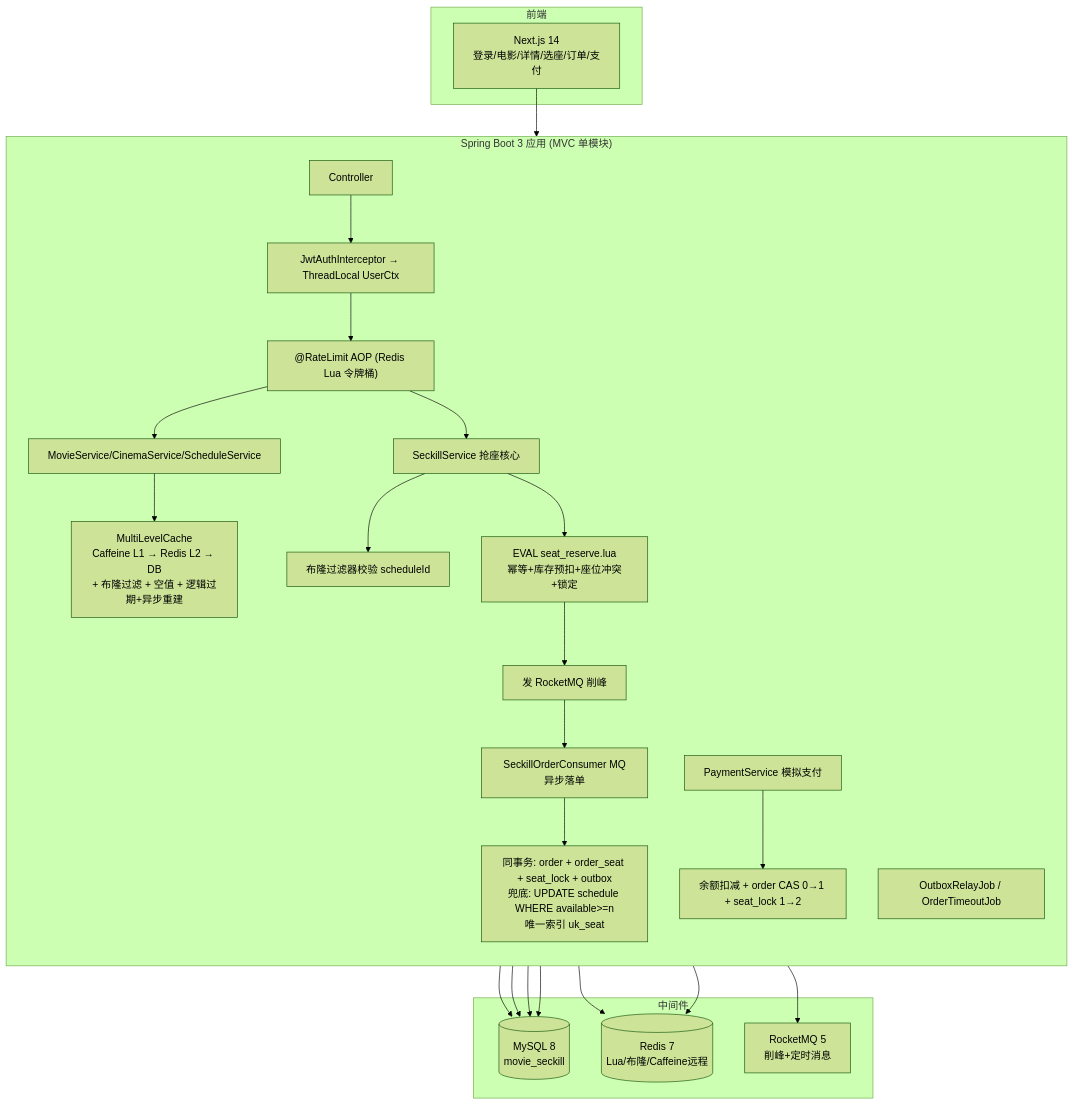
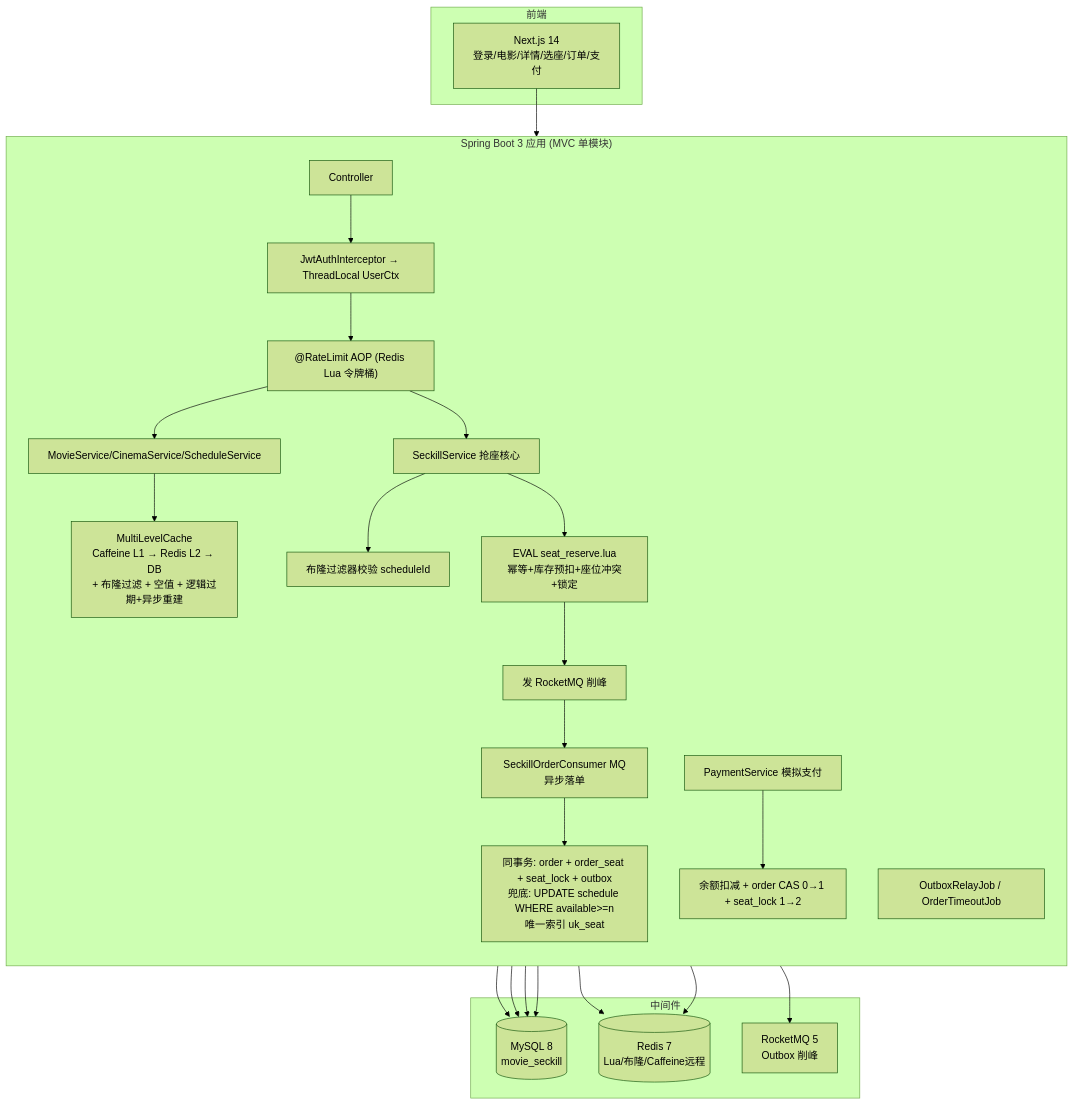
The first of 2 diagrams in docs/开发文档.md (wangn-tech/movie-seckill), drawn with Mermaid (forest theme) before and after one commit. The commit also changed other lines of this file and 6 other files, not shown here.

Commit message:
docs: synchronize demo architecture and measured verification

````diff
--- a/docs/开发文档.md
+++ b/docs/开发文档.md
@@ -61,43 +61,43 @@
 ```mermaid
 graph TB
     subgraph FE["前端"]
         P1["Next.js 14<br/>登录/电影/详情/选座/订单/支付"]
     end
 
     subgraph APP["Spring Boot 3 应用 (MVC 单模块)"]
         direction TB
         C1["Controller"]
         C2["JwtAuthInterceptor → ThreadLocal UserCtx"]
         C3["@RateLimit AOP (Redis Lua 令牌桶)"]
         S1["MovieService/CinemaService/ScheduleService"]
         S2["SeckillService 抢座核心"]
         S3["SeckillOrderConsumer MQ异步落单"]
         S4["PaymentService 模拟支付"]
         S5["OutboxRelayJob / OrderTimeoutJob"]
         C1 --> C2 --> C3
         C3 --> S1
         C3 --> S2
         S1 --> ML["MultiLevelCache<br/>Caffeine L1 → Redis L2 → DB<br/>+ 布隆过滤 + 空值 + 逻辑过期+异步重建"]
         S2 --> BLOOM["布隆过滤器校验 scheduleId"]
         S2 --> LUA["EVAL seat_reserve.lua<br/>幂等+库存预扣+座位冲突+锁定"]
         LUA --> MQ["发 RocketMQ 削峰"]
         MQ --> S3
         S3 --> TX["同事务: order + order_seat + seat_lock + outbox<br/>兜底: UPDATE schedule WHERE available>=n<br/>唯一索引 uk_seat"]
         S4 --> CAS["余额扣减 + order CAS 0→1 + seat_lock 1→2"]
     end
 
     subgraph INFRA["中间件"]
         DB[("MySQL 8<br/>movie_seckill")]
         RDS[("Redis 7<br/>Lua/布隆/Caffeine远程")]
-        RMQ["RocketMQ 5<br/>削峰+定时消息"]
+        RMQ["RocketMQ 5<br/>Outbox 削峰"]
     end
 
     P1 --> C1
     ML --> RDS
     ML --> DB
     S3 --> DB
     S4 --> DB
     S5 --> DB
     S5 --> RDS
     S5 --> RMQ
 ```
````
